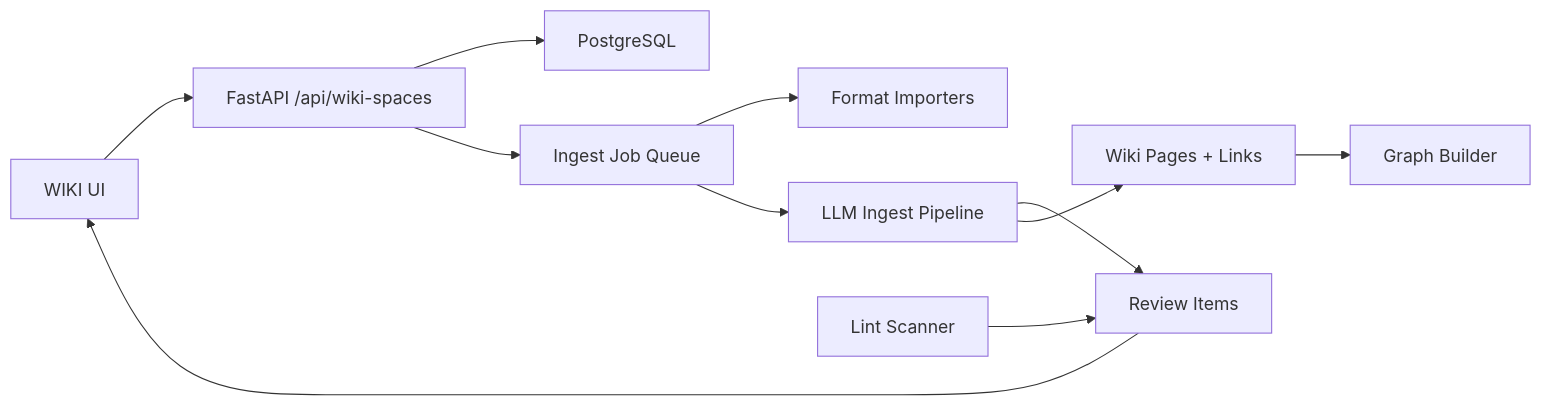
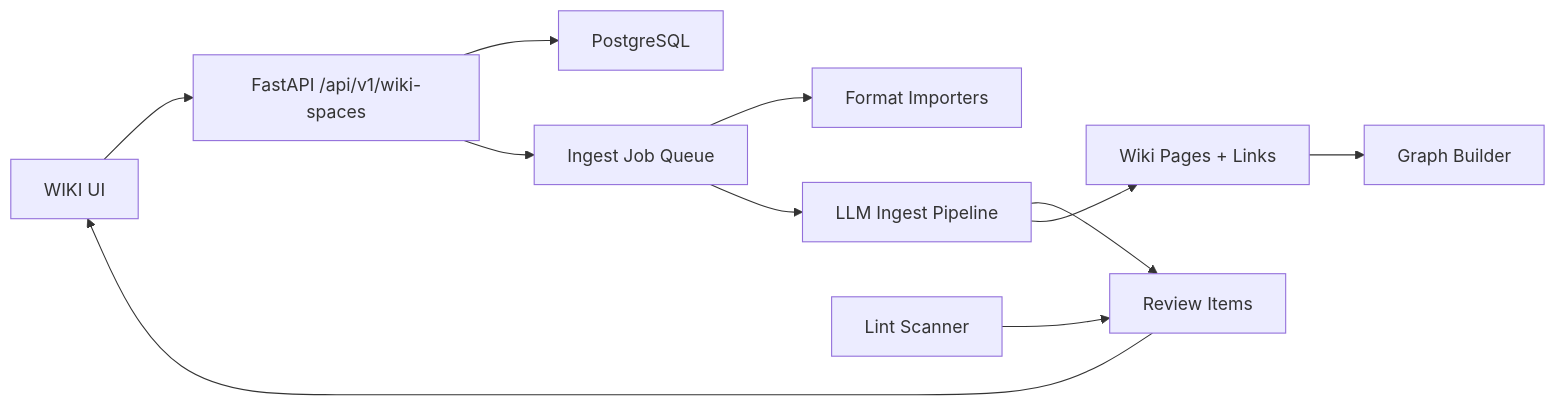
The diagram in docs/wiki-operations-implementation-plan.md (flyemFSB/FeedMind), drawn with Mermaid before and after one commit. The commit also changed other lines of this file and 58 other files, not shown here.

````diff
--- a/docs/wiki-operations-implementation-plan.md
+++ b/docs/wiki-operations-implementation-plan.md
@@ -40,13 +40,13 @@
 ```mermaid
 flowchart LR
-  UI["WIKI UI"] --> API["FastAPI /api/wiki-spaces"]
+  UI["WIKI UI"] --> API["FastAPI /api/v1/wiki-spaces"]
   API --> DB["PostgreSQL"]
   API --> Queue["Ingest Job Queue"]
   Queue --> Importers["Format Importers"]
   Queue --> Ingest["LLM Ingest Pipeline"]
   Ingest --> Review["Review Items"]
   Ingest --> Pages["Wiki Pages + Links"]
   Lint["Lint Scanner"] --> Review
   Pages --> Graph["Graph Builder"]
   Review --> UI
 ```
````
